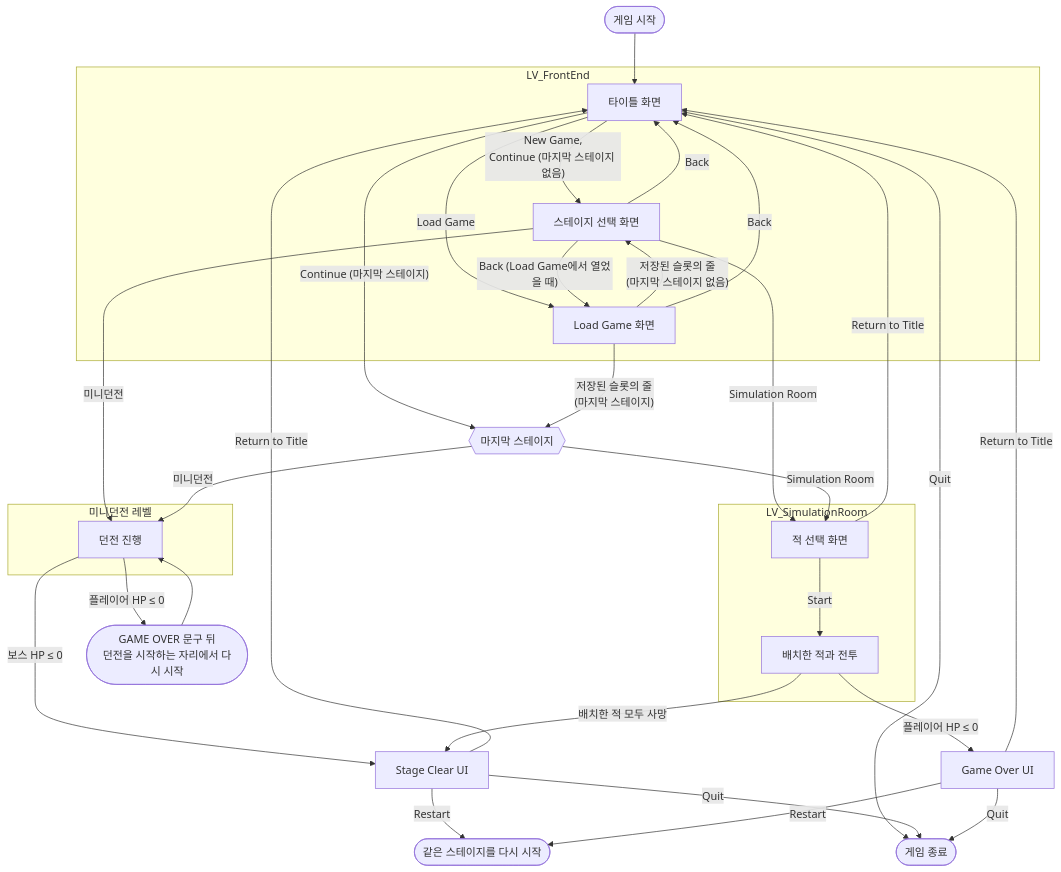
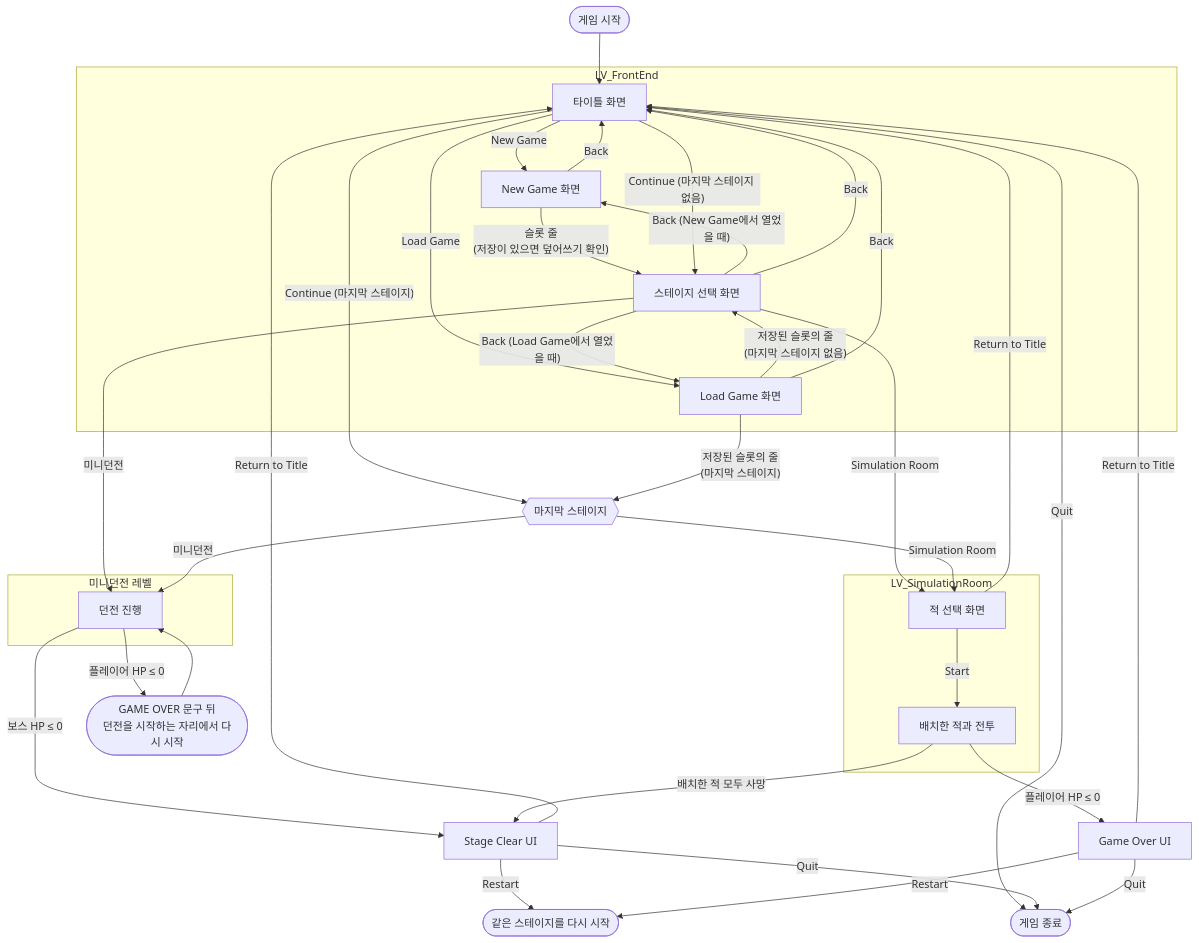
Before and after one commit to Woogl/Ag: the diagram in Docs/Design/System/게임 플로우.md, drawn with Mermaid. The commit also changed other lines of this file and 9 other files, not shown here.

````diff
--- a/Docs/Design/System/게임 플로우.md
+++ b/Docs/Design/System/게임 플로우.md
@@ -291,48 +301,53 @@
 ```mermaid
 flowchart TD
     start([게임 시작]) --> title
 
     subgraph FE["LV_FrontEnd"]
         title["타이틀 화면"]
+        newGame["New Game 화면"]
         loadGame["Load Game 화면"]
         stageSelect["스테이지 선택 화면"]
-        title -->|"New Game,<br/>Continue (마지막 스테이지 없음)"| stageSelect
+        title -->|New Game| newGame
+        newGame -->|"슬롯 줄<br/>(저장이 있으면 덮어쓰기 확인)"| stageSelect
+        newGame -->|Back| title
+        stageSelect -->|"Back (New Game에서 열었을 때)"| newGame
+        title -->|"Continue (마지막 스테이지 없음)"| stageSelect
         title -->|Load Game| loadGame
         loadGame -->|"저장된 슬롯의 줄<br/>(마지막 스테이지 없음)"| stageSelect
         loadGame -->|Back| title
         stageSelect -->|Back| title
         stageSelect -->|"Back (Load Game에서 열었을 때)"| loadGame
     end
 
     title -->|Quit| exitGame([게임 종료])
     stageSelect -->|미니던전| dungeon
     stageSelect -->|Simulation Room| enemySelect
     title -->|"Continue (마지막 스테이지)"| lastStage
     loadGame -->|"저장된 슬롯의 줄<br/>(마지막 스테이지)"| lastStage
     lastStage{{"마지막 스테이지"}} -->|미니던전| dungeon
     lastStage -->|Simulation Room| enemySelect
 
     subgraph DUNGEON["미니던전 레벨"]
         dungeon["던전 진행"]
     end
 
     subgraph SIM["LV_SimulationRoom"]
         enemySelect["적 선택 화면"]
         simCombat["배치한 적과 전투"]
         enemySelect -->|Start| simCombat
     end
 
     enemySelect -->|Return to Title| title
     dungeon -->|보스 HP ≤ 0| clearUI["Stage Clear UI"]
     dungeon -->|플레이어 HP ≤ 0| dungeonRestart(["GAME OVER 문구 뒤<br/>던전을 시작하는 자리에서 다시 시작"])
     dungeonRestart --> dungeon
     simCombat -->|배치한 적 모두 사망| clearUI
     simCombat -->|플레이어 HP ≤ 0| overUI["Game Over UI"]
 
     clearUI -->|Restart| restart(["같은 스테이지를 다시 시작"])
     overUI -->|Restart| restart
     clearUI -->|Return to Title| title
     overUI -->|Return to Title| title
     clearUI -->|Quit| exitGame
     overUI -->|Quit| exitGame
 ```
````
